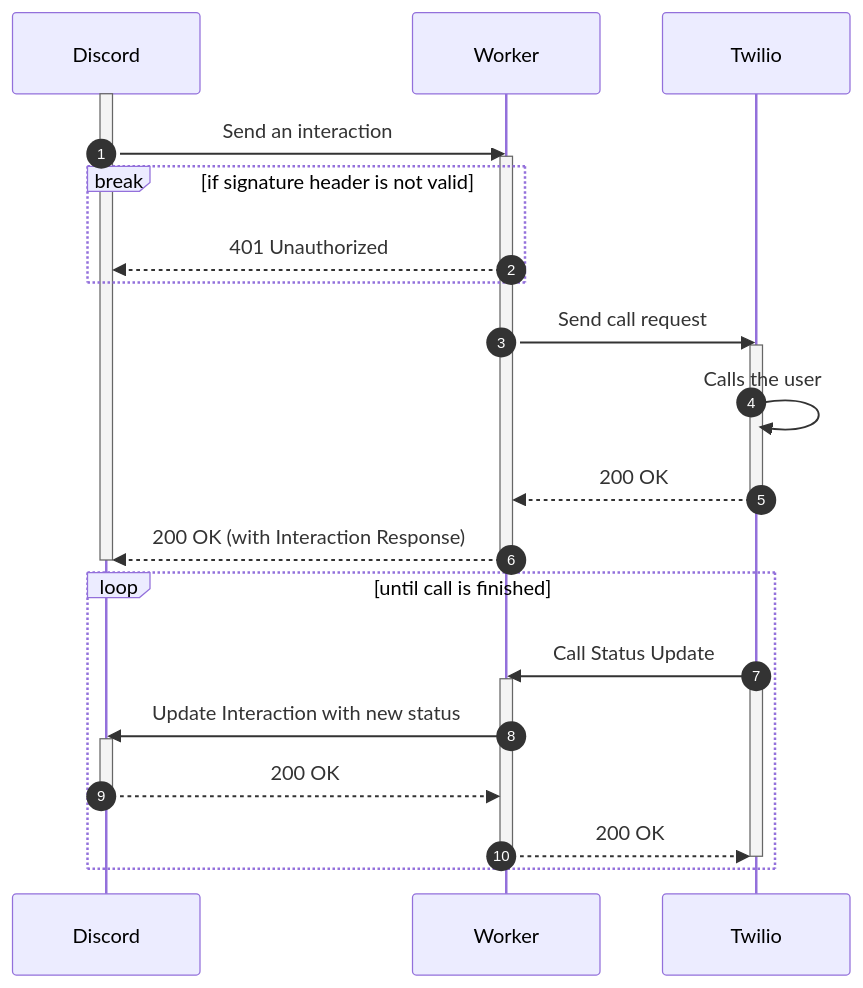
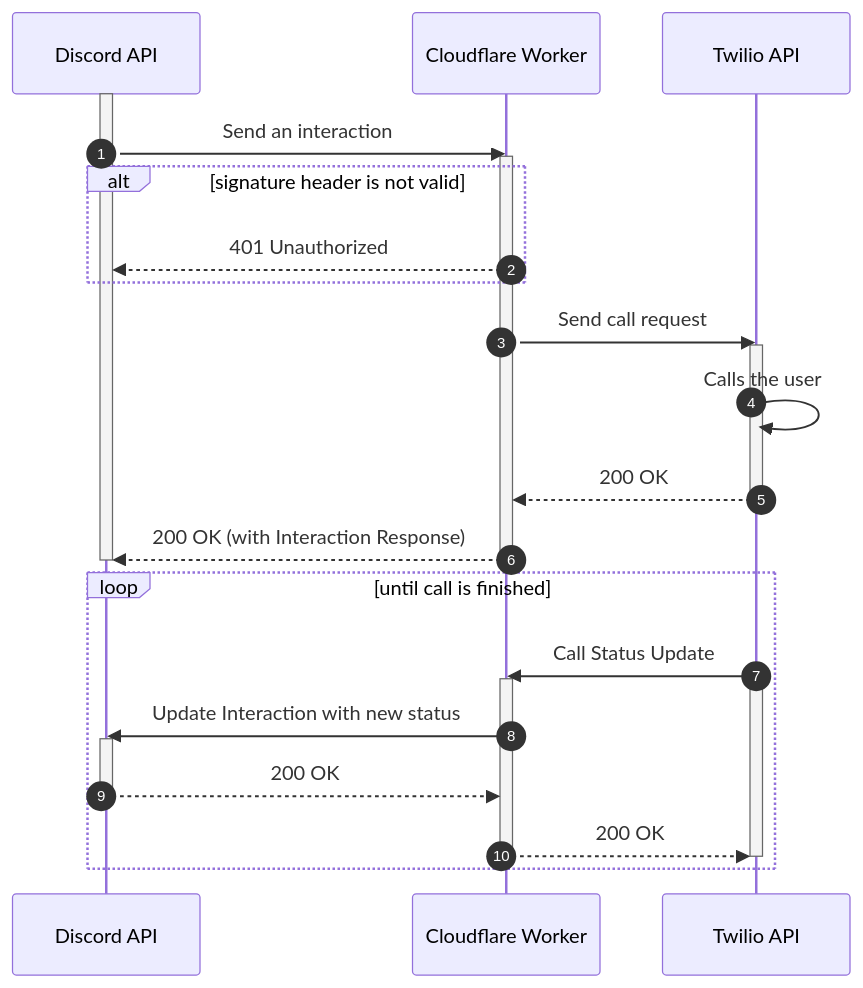
Before and after one commit to biaw/phone: the diagram in README.md, drawn with Mermaid.

````diff
--- a/README.md
+++ b/README.md
@@ -30,37 +30,37 @@
 ```mermaid
 sequenceDiagram
-    autonumber
-    participant D as Discord
-    participant W as Worker
-    participant T as Twilio
+  autonumber
+  participant D as Discord API
+  participant W as Cloudflare Worker
+  participant T as Twilio API
 
+  activate D
+  D->>W: Send an interaction
+  activate W
+
+  alt signature header is not valid
+    W-->>D: 401 Unauthorized
+  end
+
+  W->>T: Send call request
+  activate T
+  T->>T: Calls the user
+  T-->>W: 200 OK
+  deactivate T
+  W-->>D: 200 OK (with Interaction Response)
+  deactivate D
+  deactivate W
+
+  loop until call is finished
+    T->>W: Call Status Update
+    activate T
+    activate W
+    W->>D: Update Interaction with new status
     activate D
-    D->>W: Send an interaction
-    activate W
-
-    break if signature header is not valid
-        W-->>D: 401 Unauthorized
-    end
-
-    W->>T: Send call request
-    activate T
-    T->>T: Calls the user
-    T-->>W: 200 OK
+    D-->>W: 200 OK
+    deactivate D
+    W-->>T: 200 OK
     deactivate T
-    W-->>D: 200 OK (with Interaction Response)
-    deactivate D
     deactivate W
-
-    loop until call is finished
-        T->>W: Call Status Update
-        activate T
-        activate W
-        W->>D: Update Interaction with new status
-        activate D
-        D-->>W: 200 OK
-        deactivate D
-        W-->>T: 200 OK
-        deactivate T
-        deactivate W
-    end
+  end
 ```
````
